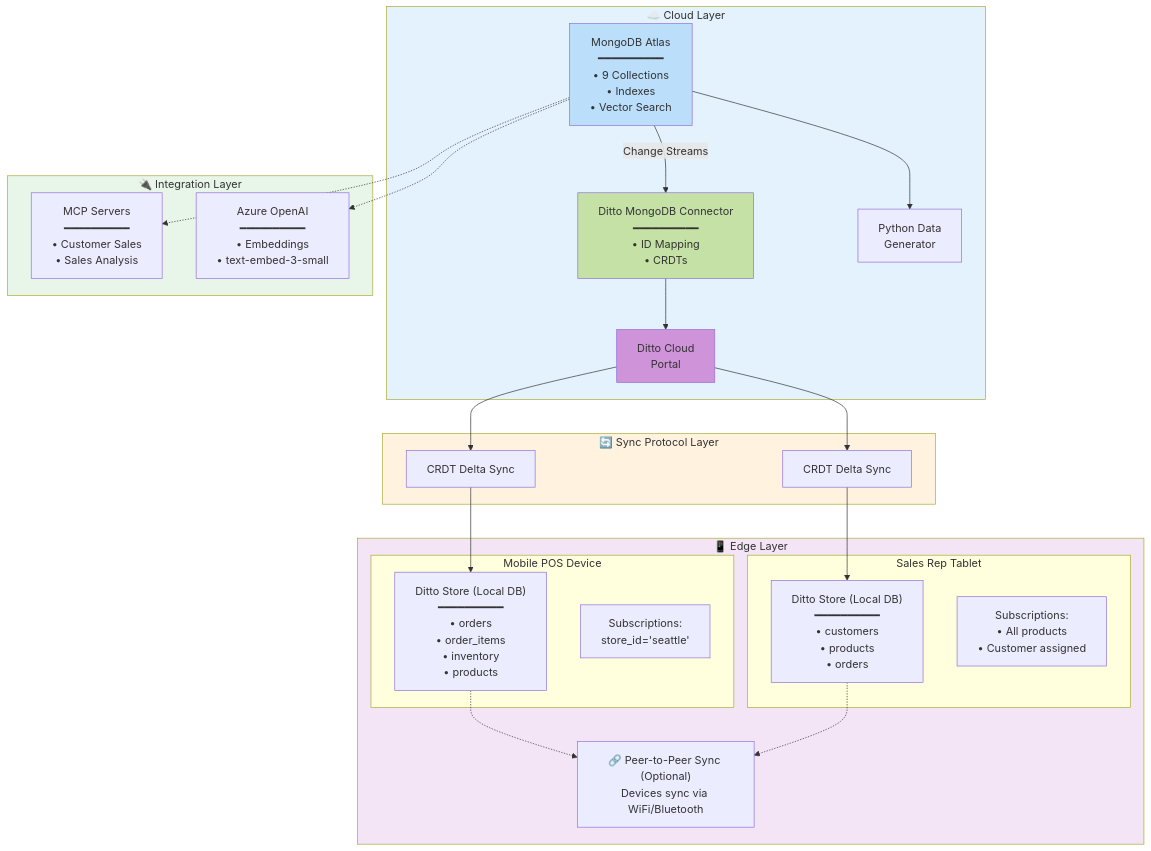
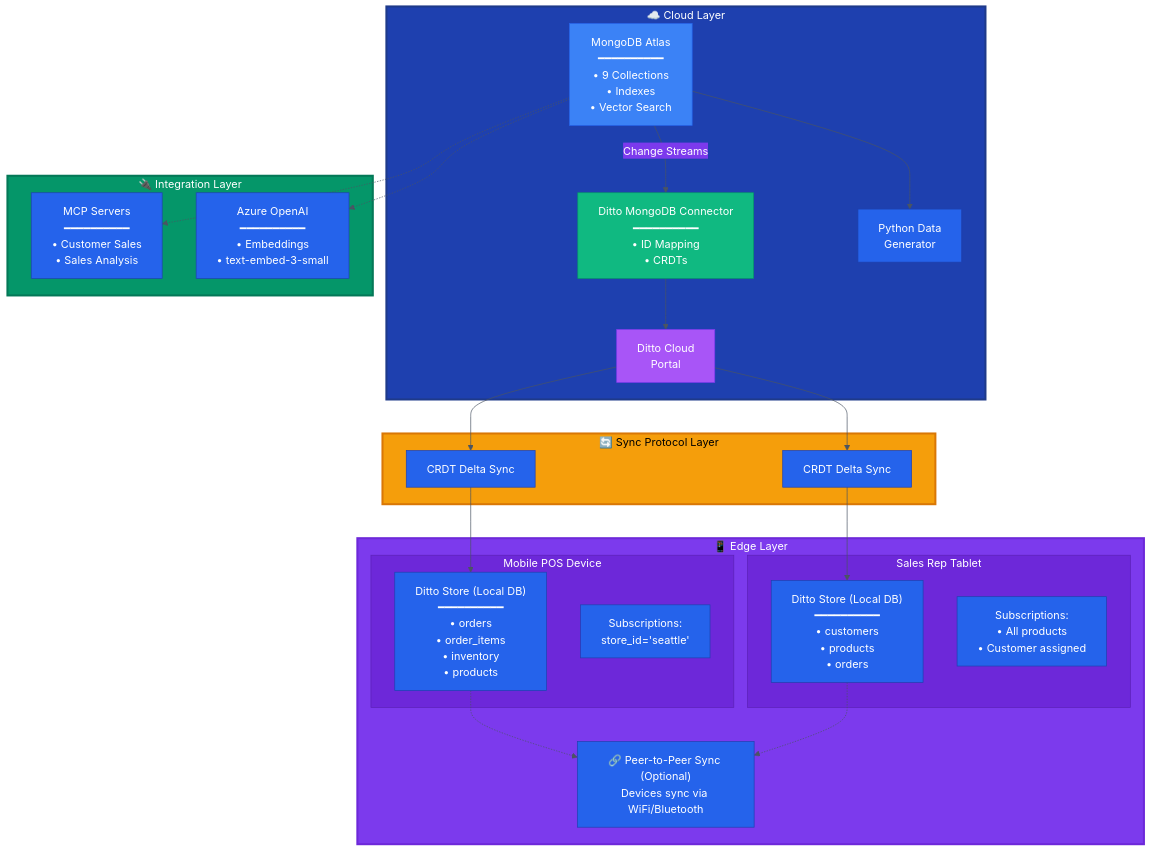
One commit to ditto-examples/retail-demo-zava-dyi-dataset changed the first of 9 diagrams in docs/ARCHITECTURE.md. Above: the diagram before and after it, drawn with Mermaid. The commit also changed other lines of this file and 2 other files, not shown here.

Commit message:
feat: fixed diagram rendering colors

````diff
--- a/docs/ARCHITECTURE.md
+++ b/docs/ARCHITECTURE.md
@@ -54,55 +54,58 @@
 ```mermaid
+%%{init: {'theme':'base', 'themeVariables': { 'primaryColor':'#2563eb','primaryTextColor':'#fff','primaryBorderColor':'#1e40af','lineColor':'#4b5563','secondaryColor':'#7c3aed','tertiaryColor':'#059669'}}}%%
 graph TB
     subgraph cloud["☁️ Cloud Layer"]
         mongodb["MongoDB Atlas<br/>━━━━━━━━━━<br/>• 9 Collections<br/>• Indexes<br/>• Vector Search"]
         connector["Ditto MongoDB Connector<br/>━━━━━━━━━━<br/>• ID Mapping<br/>• CRDTs"]
         datagen["Python Data<br/>Generator"]
         portal["Ditto Cloud<br/>Portal"]
 
         mongodb -->|Change Streams| connector
         mongodb --> datagen
         connector --> portal
     end
 
     subgraph sync["🔄 Sync Protocol Layer"]
         sync1["CRDT Delta Sync"]
         sync2["CRDT Delta Sync"]
     end
 
     subgraph edge["📱 Edge Layer"]
         subgraph pos["Mobile POS Device"]
             pos_store["Ditto Store (Local DB)<br/>━━━━━━━━━━<br/>• orders<br/>• order_items<br/>• inventory<br/>• products"]
             pos_sub["Subscriptions:<br/>store_id='seattle'"]
         end
 
         subgraph tablet["Sales Rep Tablet"]
             tablet_store["Ditto Store (Local DB)<br/>━━━━━━━━━━<br/>• customers<br/>• products<br/>• orders"]
             tablet_sub["Subscriptions:<br/>• All products<br/>• Customer assigned"]
         end
 
         p2p["🔗 Peer-to-Peer Sync (Optional)<br/>Devices sync via WiFi/Bluetooth"]
     end
 
     subgraph integration["🔌 Integration Layer"]
         mcp["MCP Servers<br/>━━━━━━━━━━<br/>• Customer Sales<br/>• Sales Analysis"]
         azure["Azure OpenAI<br/>━━━━━━━━━━<br/>• Embeddings<br/>• text-embed-3-small"]
     end
 
     portal --> sync1
     portal --> sync2
     sync1 --> pos_store
     sync2 --> tablet_store
     pos_store -.-> p2p
     tablet_store -.-> p2p
 
     mongodb -.-> mcp
     mongodb -.-> azure
 
-    style cloud fill:#e3f2fd
-    style sync fill:#fff3e0
-    style edge fill:#f3e5f5
-    style integration fill:#e8f5e9
-    style mongodb fill:#bbdefb
-    style connector fill:#c5e1a5
-    style portal fill:#ce93d8
+    style cloud fill:#1e40af,stroke:#1e3a8a,stroke-width:3px,color:#fff
+    style sync fill:#f59e0b,stroke:#d97706,stroke-width:3px,color:#000
+    style edge fill:#7c3aed,stroke:#6d28d9,stroke-width:3px,color:#fff
+    style integration fill:#059669,stroke:#047857,stroke-width:3px,color:#fff
+    style mongodb fill:#3b82f6,stroke:#2563eb,color:#fff
+    style connector fill:#10b981,stroke:#059669,color:#fff
+    style portal fill:#a855f7,stroke:#7c3aed,color:#fff
+    style pos fill:#6d28d9,stroke:#5b21b6,color:#fff
+    style tablet fill:#6d28d9,stroke:#5b21b6,color:#fff
 ```
````
